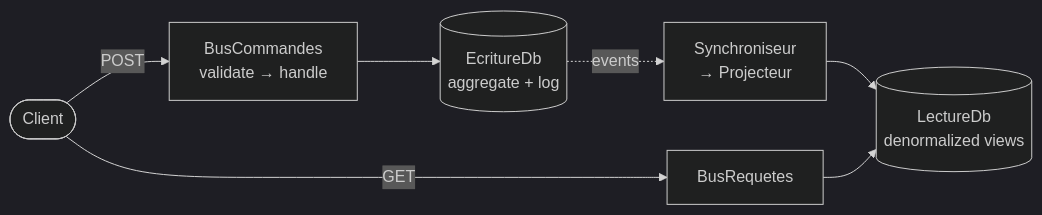
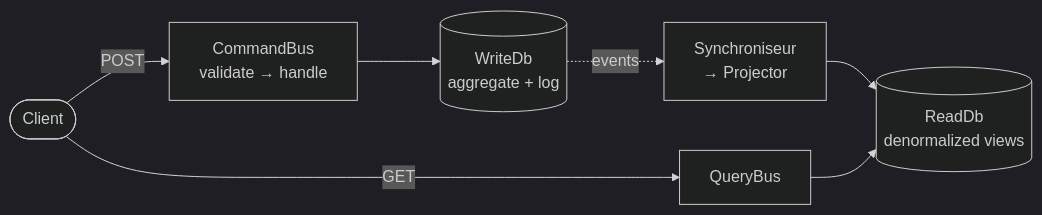
Before and after one commit to drangoht/ArchitecturesDemo: the diagram in Docs/en/fiches/09-cqrs.md, drawn with Mermaid (dark theme). The commit also changed 78 other files, not shown here.

First line of the commit message:
Docs EN : identifiants, liens, diagrammes et sorties alignés sur le code anglais

````diff
--- a/Docs/en/fiches/09-cqrs.md
+++ b/Docs/en/fiches/09-cqrs.md
@@ -10,6 +10,6 @@
 ```mermaid
 flowchart LR
-    Cl(["Client"]) -->|POST| BC["BusCommandes<br/>validate → handle"] --> E[("EcritureDb<br/>aggregate + log")]
-    E -.->|events| S["Synchroniseur<br/>→ Projecteur"] --> L[("LectureDb<br/>denormalized views")]
-    Cl -->|GET| BR["BusRequetes"] --> L
+    Cl(["Client"]) -->|POST| BC["CommandBus<br/>validate → handle"] --> E[("WriteDb<br/>aggregate + log")]
+    E -.->|events| S["Synchroniseur<br/>→ Projector"] --> L[("ReadDb<br/>denormalized views")]
+    Cl -->|GET| BR["QueryBus"] --> L
 ```
````
